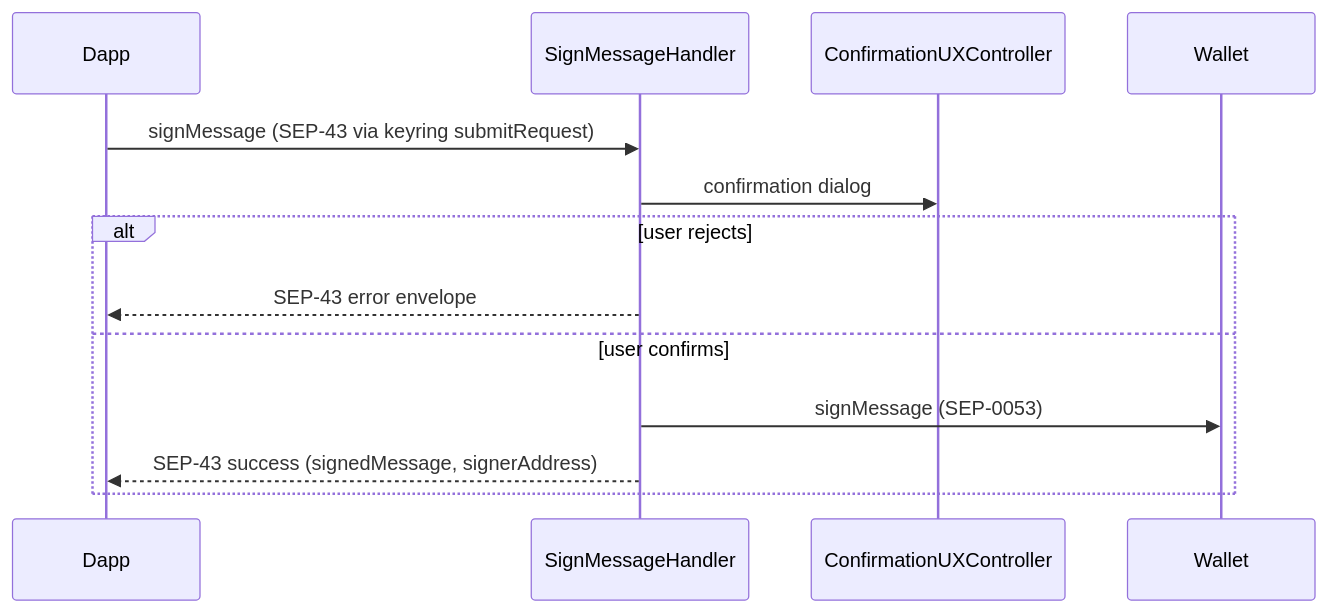
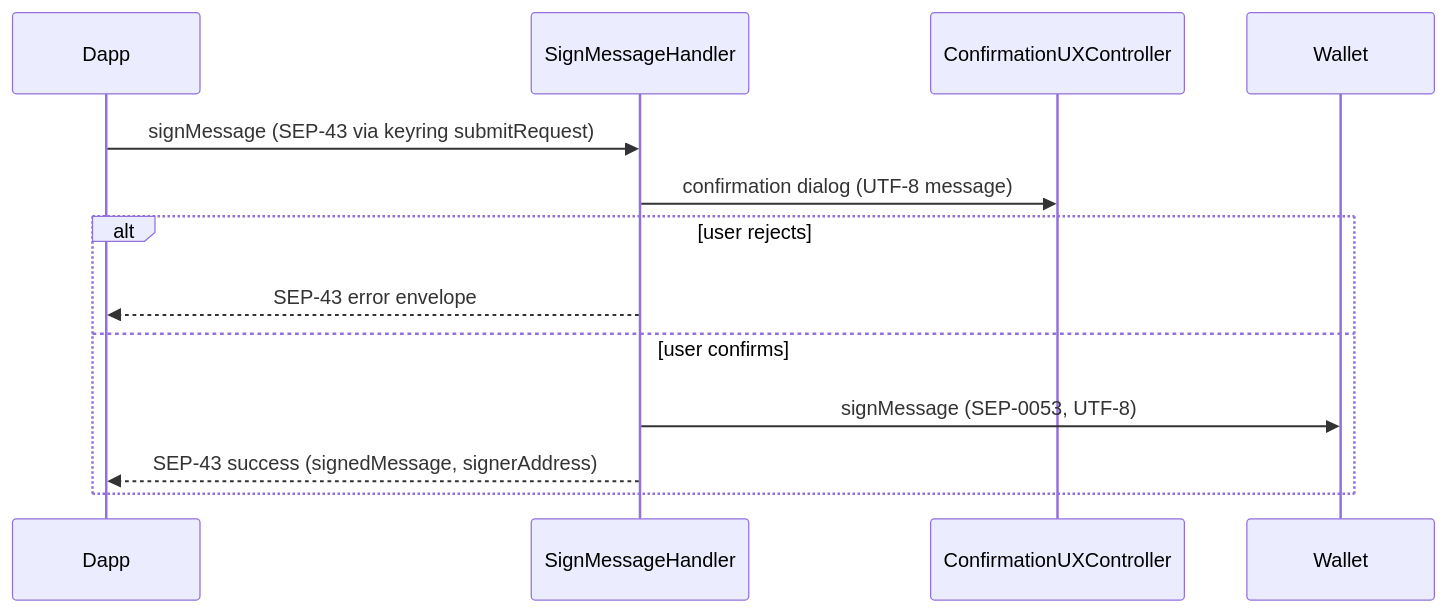
The diagram in merged-packages/stellar-wallet-snap/docs/use-cases/keyring/signMessage.md (MetaMask/internal-snaps), drawn with Mermaid before and after one commit. The commit also changed other lines of this file and 8 other files, not shown here.

First line of the commit message:
fix: remove base64 decode on `SignMessage`  (#171)

````diff
--- a/merged-packages/stellar-wallet-snap/docs/use-cases/keyring/signMessage.md
+++ b/merged-packages/stellar-wallet-snap/docs/use-cases/keyring/signMessage.md
@@ -58,16 +58,16 @@
 ```mermaid
 sequenceDiagram
   participant Dapp
   participant Handler as SignMessageHandler
   participant UI as ConfirmationUXController
   participant Wallet
 
   Dapp->>Handler: signMessage (SEP-43 via keyring submitRequest)
-  Handler->>UI: confirmation dialog
+  Handler->>UI: confirmation dialog (UTF-8 message)
   alt user rejects
     Handler-->>Dapp: SEP-43 error envelope
   else user confirms
-    Handler->>Wallet: signMessage (SEP-0053)
+    Handler->>Wallet: signMessage (SEP-0053, UTF-8)
     Handler-->>Dapp: SEP-43 success (signedMessage, signerAddress)
   end
 ```
````
